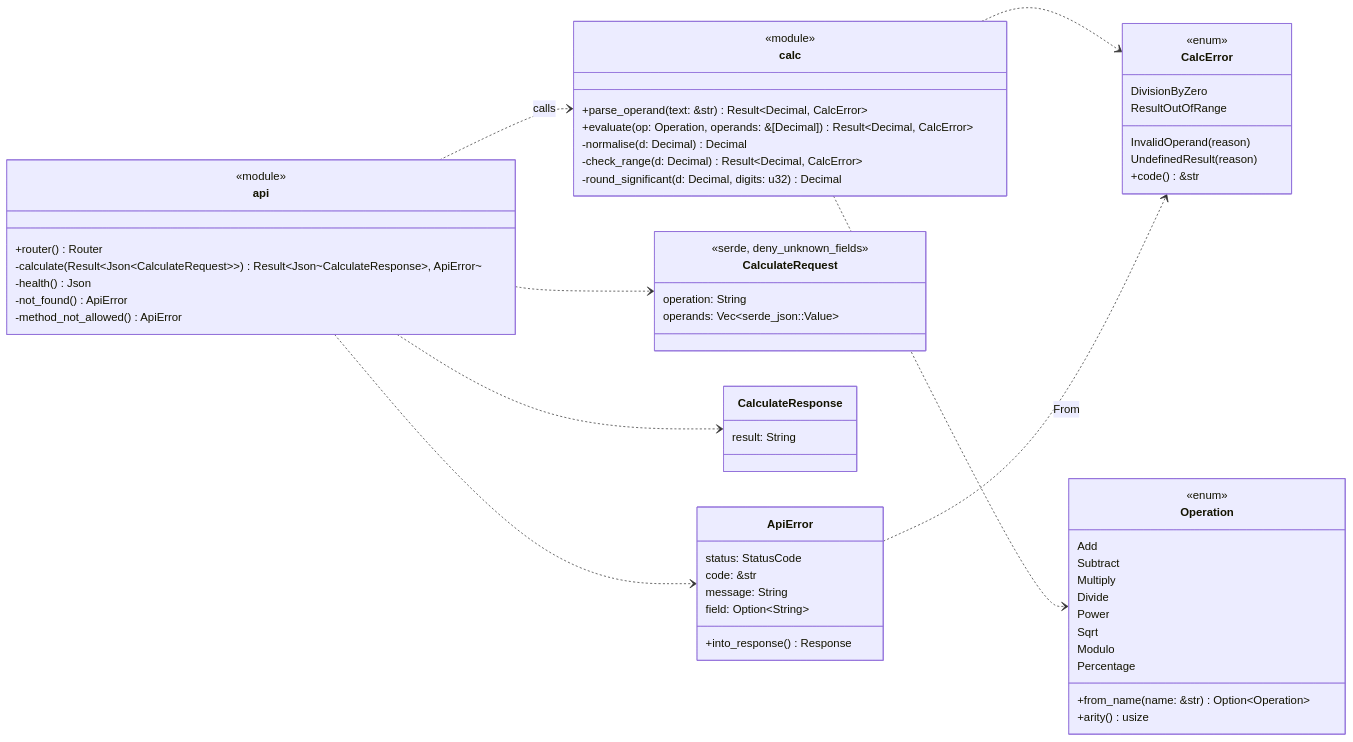
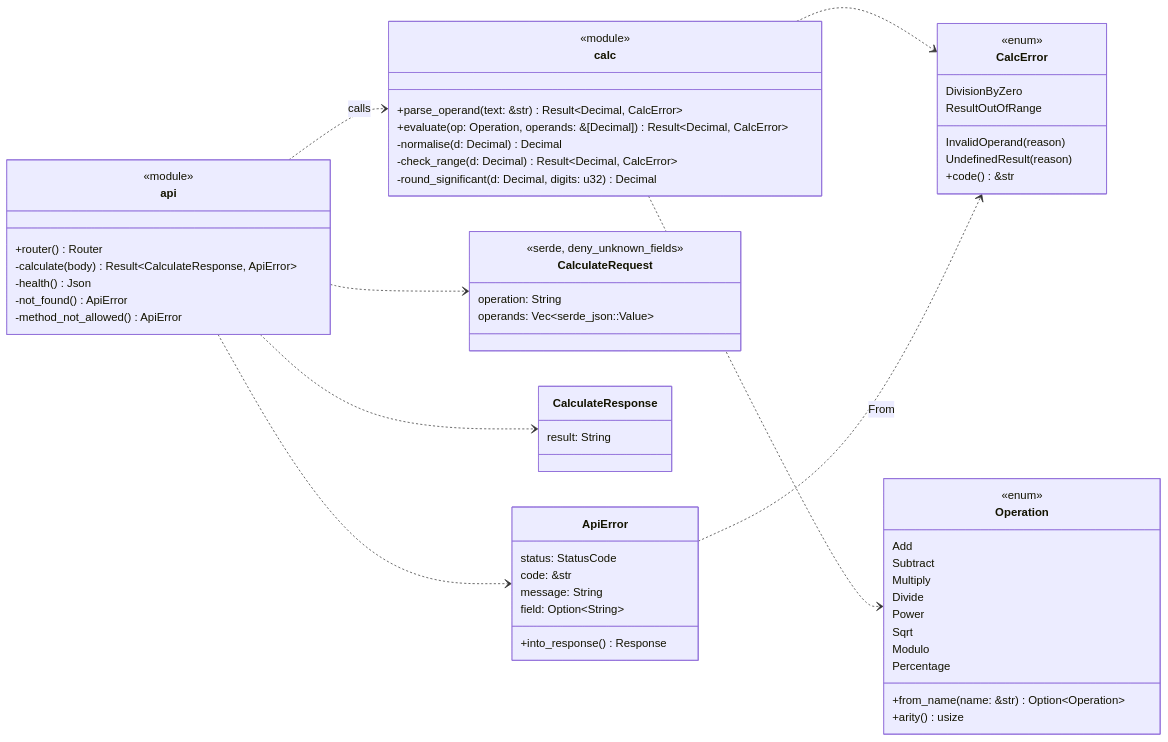
One commit to serbanbjd/calculator_api changed the second of 3 diagrams in docs/plan/PLAN.md. Above: the diagram before and after it, drawn with Mermaid. The commit also changed 2 other files, not shown here.

Commit message:
docs(plan): self-review plan and tasks, fix findings
review-spec found two blockers: no task enforced ADR-0004's ban on
unwrap/expect (now part of T-01), and the (a + b) - b == a property in T-07
would fail for a correct implementation because 28-place results must
round near 10^27 (generator now bounded, with the reason). Also drop the
external OpenAPI linter, which this environment blocks, remove a needless
T-07 -> T-08 dependency, and simplify a Mermaid signature.

Claude-Session: https://claude.ai/code/session_01PBnpmqPWrWHuW8iVu8MsBD

````diff
--- a/docs/plan/PLAN.md
+++ b/docs/plan/PLAN.md
@@ -44,63 +44,63 @@
 ```mermaid
 classDiagram
     direction LR
     class Operation {
         <<enum>>
         Add
         Subtract
         Multiply
         Divide
         Power
         Sqrt
         Modulo
         Percentage
         +from_name(name: &str) Option~Operation~
         +arity() usize
     }
     class CalcError {
         <<enum>>
         InvalidOperand(reason)
         DivisionByZero
         UndefinedResult(reason)
         ResultOutOfRange
         +code() &str
     }
     class calc {
         <<module>>
         +parse_operand(text: &str) Result~Decimal, CalcError~
         +evaluate(op: Operation, operands: &[Decimal]) Result~Decimal, CalcError~
         -normalise(d: Decimal) Decimal
         -check_range(d: Decimal) Result~Decimal, CalcError~
         -round_significant(d: Decimal, digits: u32) Decimal
     }
     class CalculateRequest {
         <<serde, deny_unknown_fields>>
         operation: String
         operands: Vec~serde_json::Value~
     }
     class CalculateResponse {
         result: String
     }
     class ApiError {
         status: StatusCode
         code: &str
         message: String
         field: Option~String~
         +into_response() Response
     }
     class api {
         <<module>>
         +router() Router
-        -calculate(Result~Json~CalculateRequest~~) Result~Json~CalculateResponse~, ApiError~
+        -calculate(body) Result~CalculateResponse, ApiError~
         -health() Json
         -not_found() ApiError
         -method_not_allowed() ApiError
     }
     calc ..> Operation
     calc ..> CalcError
     api ..> CalculateRequest
     api ..> CalculateResponse
     api ..> ApiError
     api ..> calc : calls
     ApiError ..> CalcError : From
 ```
````
